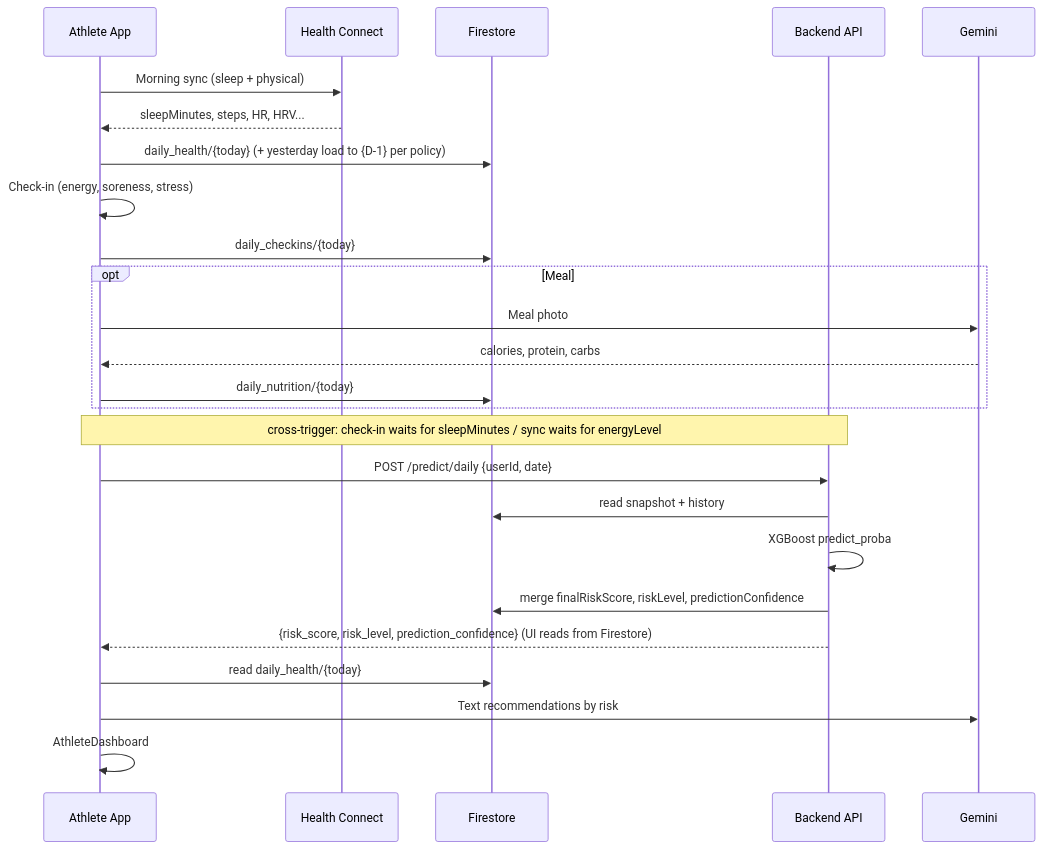
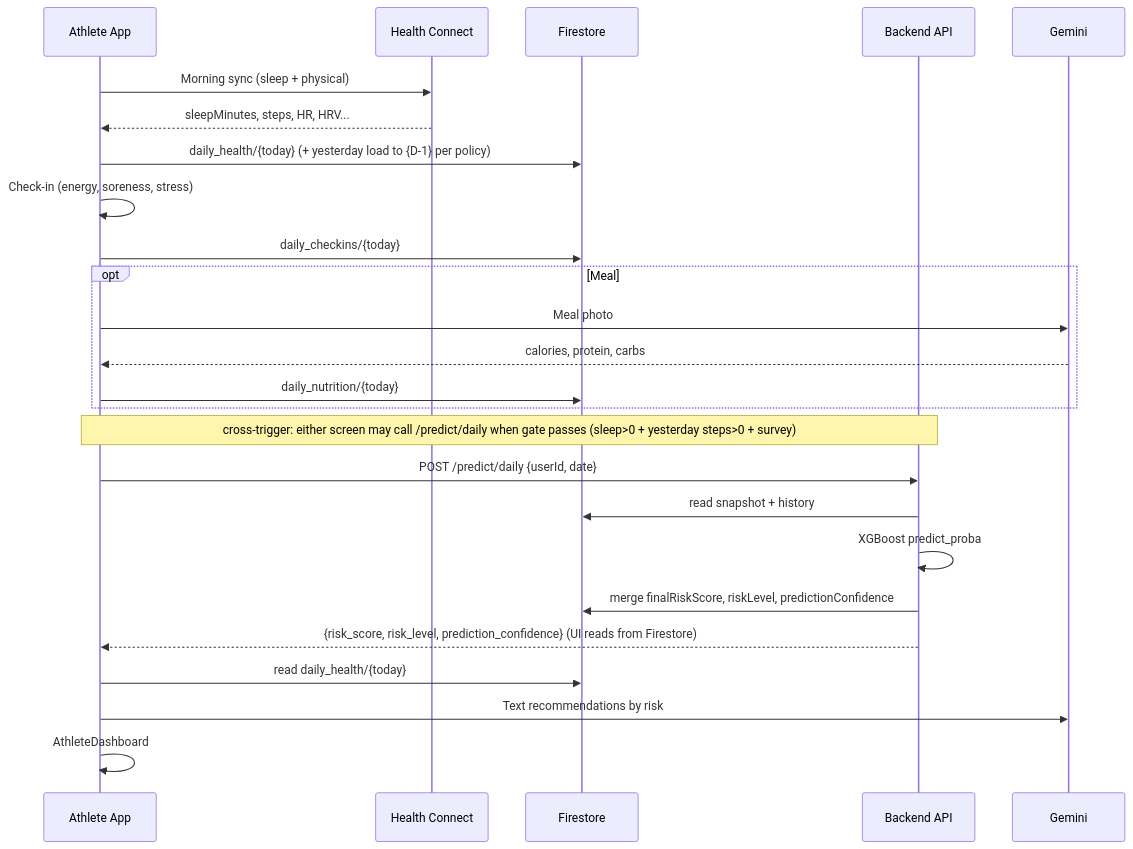
The third of 7 diagrams in docs/HLD.md (yahav97/final_project_AthleAgent), drawn with Mermaid before and after one commit. The commit also changed other lines of this file and 7 other files, not shown here.

````diff
--- a/docs/HLD.md
+++ b/docs/HLD.md
@@ -143,32 +177,32 @@
 ```mermaid
 sequenceDiagram
     participant A as Athlete App
     participant HC as Health Connect
     participant FS as Firestore
     participant BE as Backend API
     participant G as Gemini
 
     A->>HC: Morning sync (sleep + physical)
     HC-->>A: sleepMinutes, steps, HR, HRV...
     A->>FS: daily_health/{today} (+ yesterday load to {D-1} per policy)
 
     A->>A: Check-in (energy, soreness, stress)
     A->>FS: daily_checkins/{today}
 
     opt Meal
         A->>G: Meal photo
         G-->>A: calories, protein, carbs
         A->>FS: daily_nutrition/{today}
     end
 
-    Note over A,BE: cross-trigger: check-in waits for sleepMinutes / sync waits for energyLevel
+    Note over A,BE: cross-trigger: either screen may call /predict/daily when gate passes (sleep>0 + yesterday steps>0 + survey)
     A->>BE: POST /predict/daily {userId, date}
     BE->>FS: read snapshot + history
     BE->>BE: XGBoost predict_proba
     BE->>FS: merge finalRiskScore, riskLevel, predictionConfidence
     BE-->>A: {risk_score, risk_level, prediction_confidence} (UI reads from Firestore)
 
     A->>FS: read daily_health/{today}
     A->>G: Text recommendations by risk
     A->>A: AthleteDashboard
 ```
````
